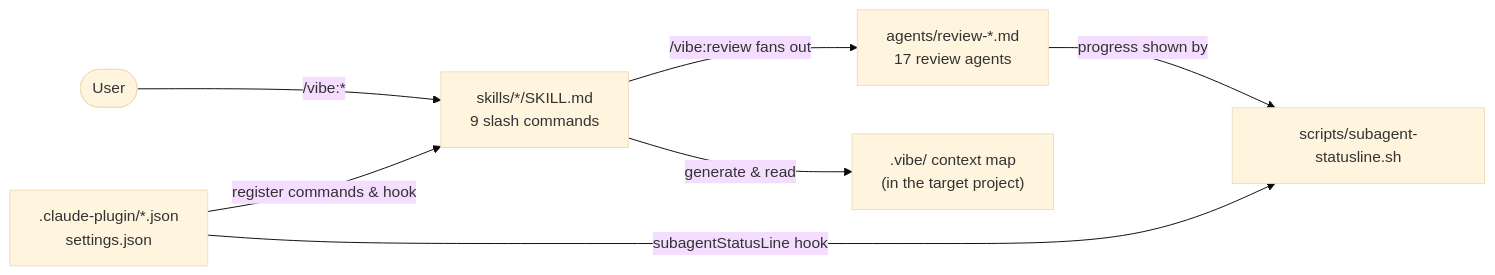
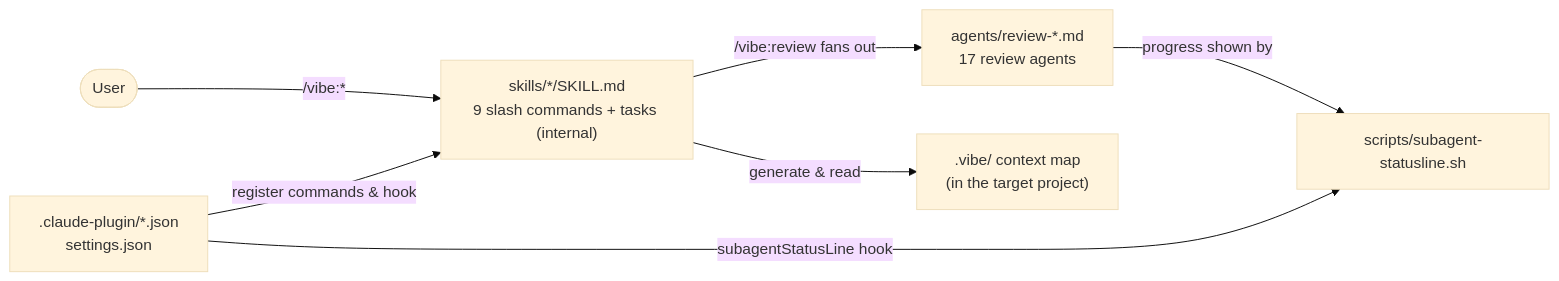
Before and after one commit to neolao/claude-plugin-vibe: the diagram in docs/architecture.md, drawn with Mermaid (base theme). The commit also changed other lines of this file and 5 other files, not shown here.

````diff
--- a/docs/architecture.md
+++ b/docs/architecture.md
@@ -23,9 +23,9 @@
 ```mermaid
 flowchart LR
-    user([User]) -- "/vibe:*" --> skills["skills/*/SKILL.md<br/>9 slash commands"]
+    user([User]) -- "/vibe:*" --> skills["skills/*/SKILL.md<br/>9 slash commands + tasks (internal)"]
     skills -- "/vibe:review fans out" --> agents["agents/review-*.md<br/>17 review agents"]
     skills -- "generate & read" --> vibe[".vibe/ context map<br/>(in the target project)"]
     manifests[".claude-plugin/*.json<br/>settings.json"] -- "register commands & hook" --> skills
     manifests -- "subagentStatusLine hook" --> statusline["scripts/subagent-statusline.sh"]
     agents -- "progress shown by" --> statusline
 ```
````
